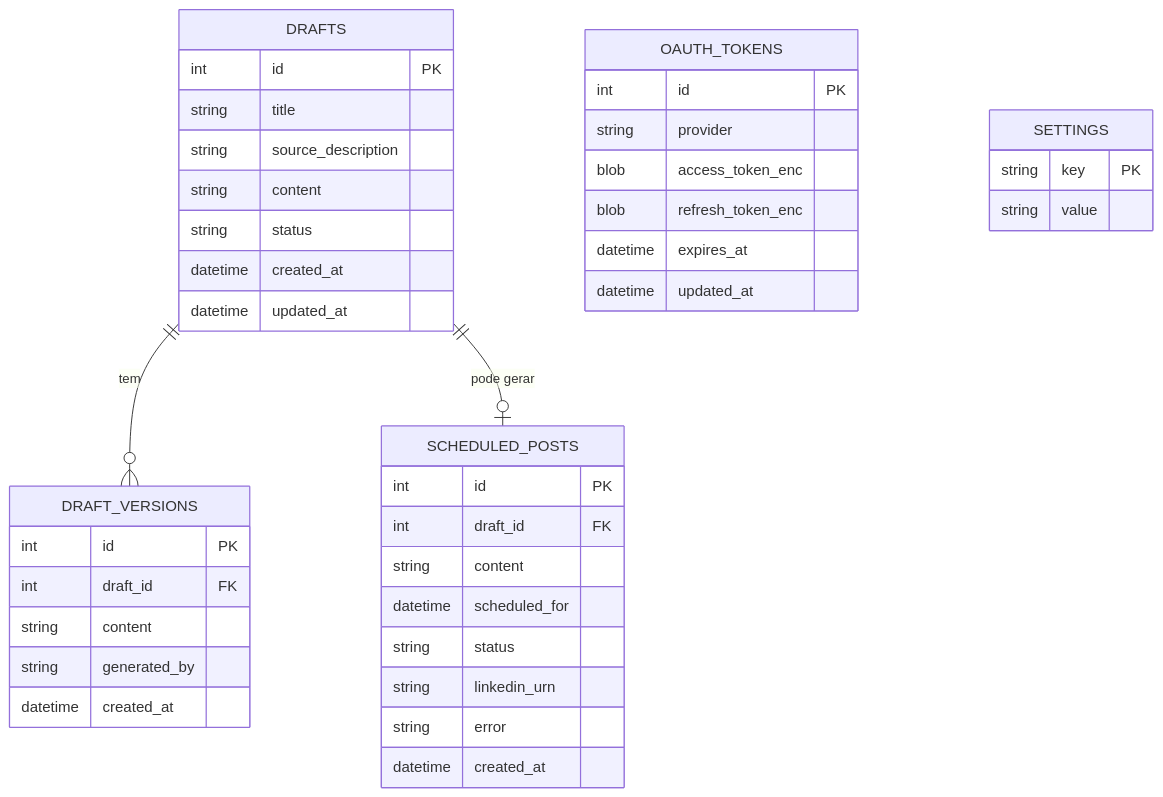
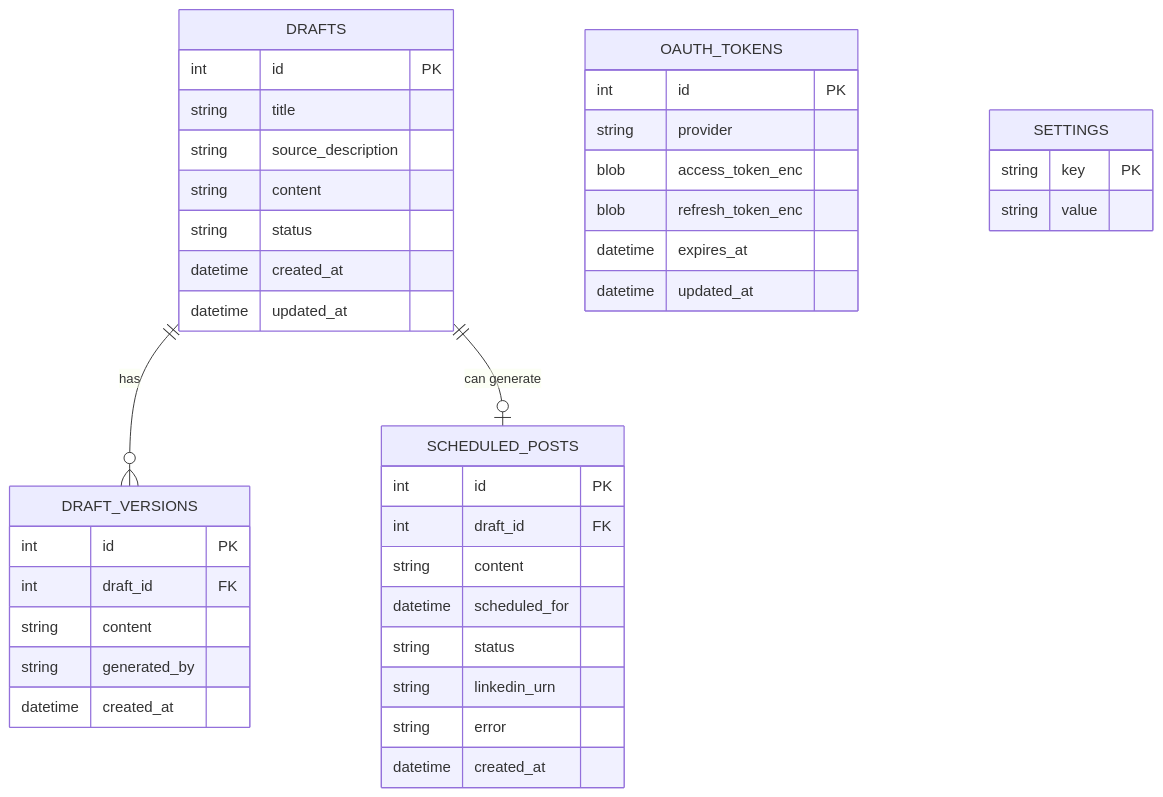
One commit to Vitor-andrade/linkedin-post-executor changed the diagram in docs/diagrams/er-diagram.mmd. Above: the diagram before and after it, drawn with Mermaid. The commit also changed 25 other files, not shown here.

```diff
--- a/docs/diagrams/er-diagram.mmd
+++ b/docs/diagrams/er-diagram.mmd
@@ -1,42 +1,42 @@
 erDiagram
-    DRAFTS ||--o{ DRAFT_VERSIONS : "tem"
-    DRAFTS ||--o| SCHEDULED_POSTS : "pode gerar"
+    DRAFTS ||--o{ DRAFT_VERSIONS : "has"
+    DRAFTS ||--o| SCHEDULED_POSTS : "can generate"
 
     DRAFTS {
         int id PK
         string title
         string source_description
         string content
         string status
         datetime created_at
         datetime updated_at
     }
     DRAFT_VERSIONS {
         int id PK
         int draft_id FK
         string content
         string generated_by
         datetime created_at
     }
     SCHEDULED_POSTS {
         int id PK
         int draft_id FK
         string content
         datetime scheduled_for
         string status
         string linkedin_urn
         string error
         datetime created_at
     }
     OAUTH_TOKENS {
         int id PK
         string provider
         blob access_token_enc
         blob refresh_token_enc
         datetime expires_at
         datetime updated_at
     }
     SETTINGS {
         string key PK
         string value
     }
```
